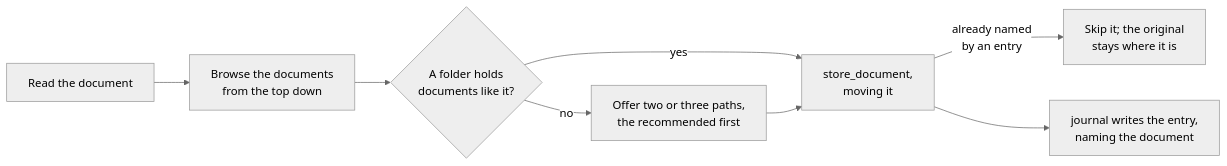
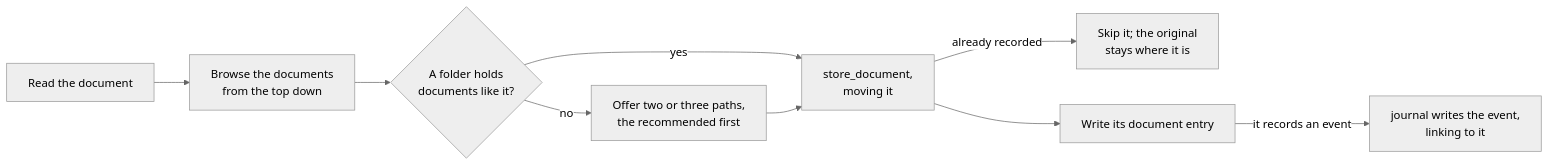
One commit to Velrea/AI.Brain changed the diagram in docs/skills.md. Above: the diagram before and after it, drawn with Mermaid (neutral theme). The commit also changed other lines of this file and 27 other files, not shown here.

````diff
--- a/docs/skills.md
+++ b/docs/skills.md
@@ -40,10 +57,11 @@
 ```mermaid
 flowchart LR
     read["Read the document"] --> browse["Browse the documents<br/>from the top down"]
     browse --> fits{"A folder holds<br/>documents like it?"}
     fits -- yes --> file["store_document,<br/>moving it"]
     fits -- no --> ask["Offer two or three paths,<br/>the recommended first"]
     ask --> file
-    file -- "already named<br/>by an entry" --> skip["Skip it; the original<br/>stays where it is"]
-    file --> write["journal writes the entry,<br/>naming the document"]
+    file -- "already recorded" --> skip["Skip it; the original<br/>stays where it is"]
+    file --> write["Write its document entry"]
+    write -- "it records an event" --> journal["journal writes the event,<br/>linking to it"]
 ```
````
